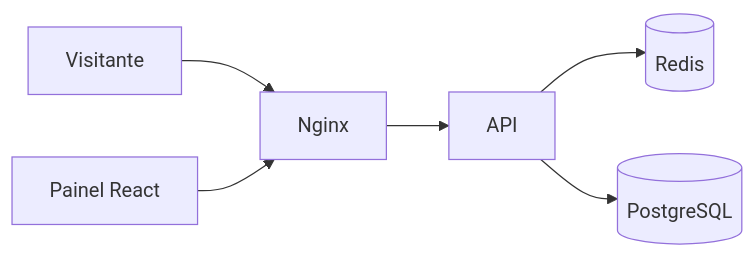
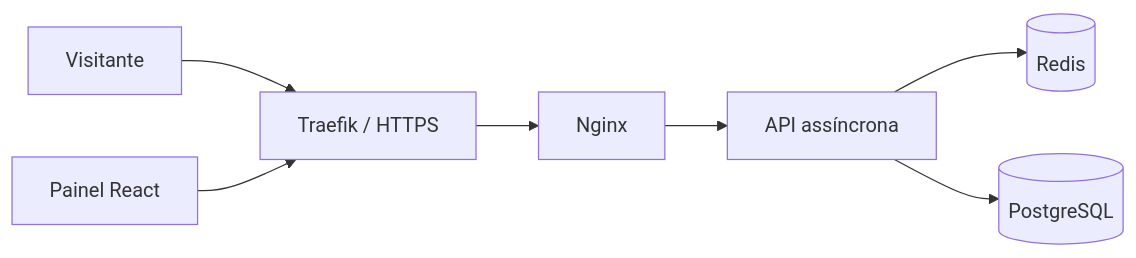
The diagram in README.md (gersonlucasangeloviana/EncurtadorDeURL), drawn with Mermaid before and after one commit. The commit also changed other lines of this file and 1 other file, not shown here.

````diff
--- a/README.md
+++ b/README.md
@@ -18,8 +18,9 @@
 ```mermaid
 flowchart LR
-    U[Visitante] --> N[Nginx]
-    P[Painel React] --> N
-    N --> API
+    U[Visitante] --> T[Traefik / HTTPS]
+    P[Painel React] --> T
+    T --> N[Nginx]
+    N --> API[API assíncrona]
     API --> R[(Redis)]
     API --> PG[(PostgreSQL)]
 ```
````
